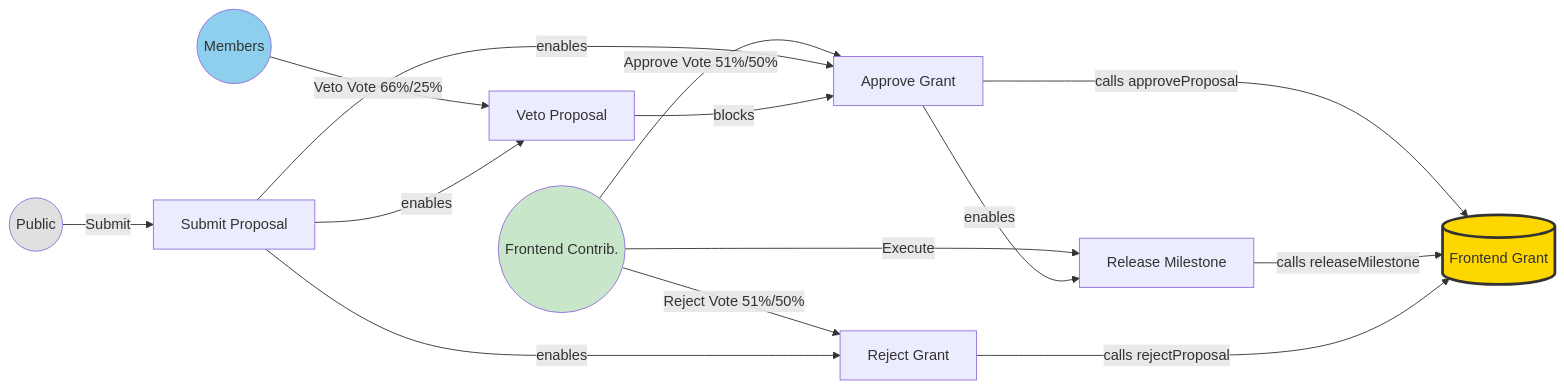
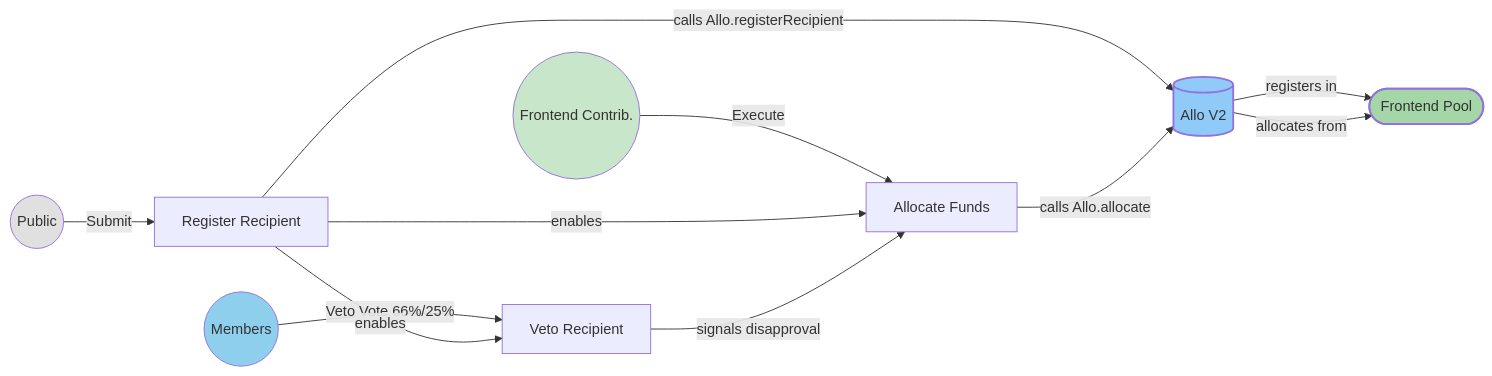
One commit to 7Cedars/powers changed the third of 6 diagrams in frontend/organisations/specs/powerBaseSpec.md. Above: the diagram before and after it, drawn with Mermaid. The commit also changed other lines of this file and 139 other files, not shown here.

````diff
--- a/frontend/organisations/specs/powerBaseSpec.md
+++ b/frontend/organisations/specs/powerBaseSpec.md
@@ -231,33 +220,28 @@
 ```mermaid
-flowchart LR
-    RPublic(( Public )):::user7
-    RM(( Members )):::user0
-    RFe(( Frontend Contrib. )):::user3
-    FrontendGrant[(Frontend Grant)]:::contract
+flowchart LR  
+    RPublic(( Public )):::user7  
+    RM(( Members )):::user0  
+    RFe(( Frontend Contrib. )):::user3  
+    Allo[(Allo V2)]:::contract  
+    FrontendPool([Frontend Pool]):::pool
 
-    A[Submit Proposal]
-    B[Veto Proposal]
-    C[Approve Grant]
-    D[Release Milestone]
-    E[Reject Grant]
+    A[Register Recipient]  
+    B[Veto Recipient]  
+    C[Allocate Funds]
 
-    RPublic -- Submit --> A
-    RM -- Veto Vote 66%/25% --> B
-    RFe -- Approve Vote 51%/50% --> C
-    RFe -- Execute --> D
-    RFe -- Reject Vote 51%/50% --> E
+    RPublic -- Submit --> A  
+    RM -- Veto Vote 66%/25% --> B  
+    RFe -- Execute --> C
 
-    A -- enables --> B
-    A -- enables --> C
-    A -- enables --> E
-    B -- blocks --> C
-    C -- calls approveProposal --> FrontendGrant
-    C -- enables --> D
-    D -- calls releaseMilestone --> FrontendGrant
-    E -- calls rejectProposal --> FrontendGrant
+    A -- calls Allo.registerRecipient --> Allo -- registers in --> FrontendPool  
+    A -- enables --> B  
+    A -- enables --> C  
+    B -- signals disapproval --> C  
+    C -- calls Allo.allocate --> Allo -- allocates from --> FrontendPool
 
-    classDef user0 fill:#8dcfec
-    classDef user3 fill:#c8e6c9
-    classDef user7 fill:#e0e0e0
-    classDef contract fill:#ffd700,stroke:#333,stroke-width:3px
+    classDef user0 fill:#8dcfec  
+    classDef user3 fill:#c8e6c9  
+    classDef user7 fill:#e0e0e0  
+    classDef contract fill:#90caf9,stroke:\#333,stroke-width:2px  
+    classDef pool fill:#a5d6a7,stroke:\#333,stroke-width:2px
 ```
````
